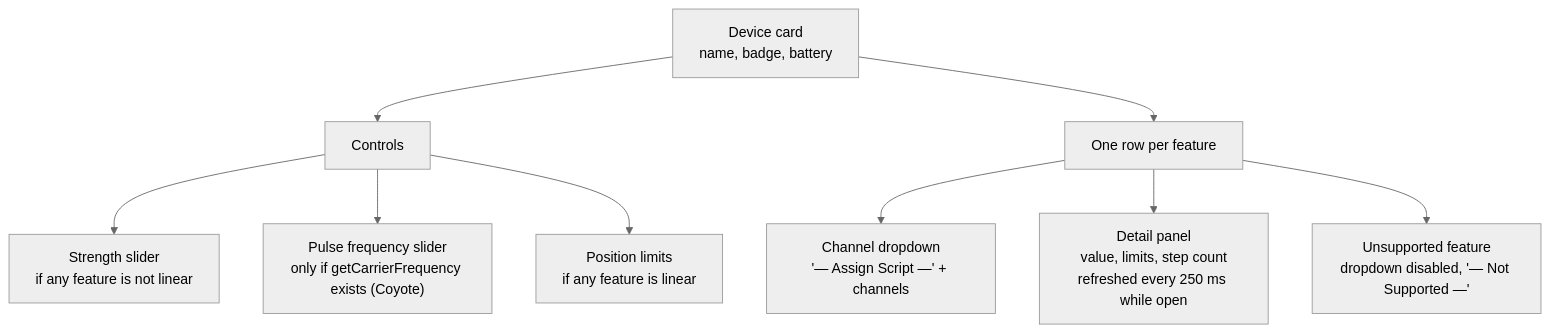
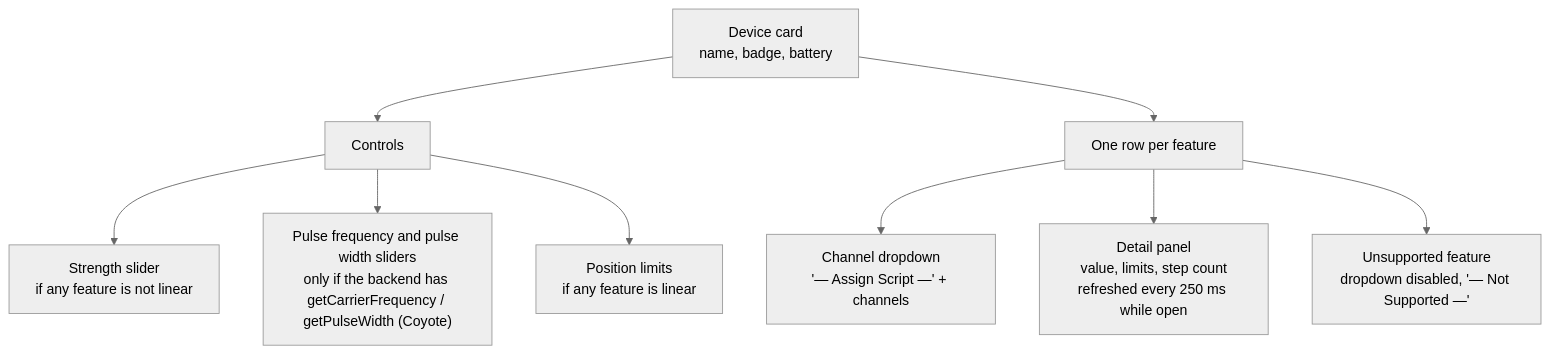
One commit to lumbar-spine-support/docker-haptic-player changed the first of 3 diagrams in docs/developer/use-cases/assign-feature.md. Above: the diagram before and after it, drawn with Mermaid (neutral theme). The commit also changed other lines of this file and 7 other files, not shown here.

Commit message:
feat: add pulse width control for Coyote devices and update related documentation fix: carrier-frequency was transmitted has Hz but should have been a period in ms instead; this caused the shown frequency to not match actual e-stim frequency.

````diff
--- a/docs/developer/use-cases/assign-feature.md
+++ b/docs/developer/use-cases/assign-feature.md
@@ -13,11 +13,11 @@
 ```mermaid
 flowchart TB
   Card["Device card<br/>name, badge, battery"] --> Ctrl["Controls"]
   Card --> Feats["One row per feature"]
   Ctrl --> Str["Strength slider<br/>if any feature is not linear"]
-  Ctrl --> Freq["Pulse frequency slider<br/>only if getCarrierFrequency exists (Coyote)"]
+  Ctrl --> Freq["Pulse frequency and pulse width sliders<br/>only if the backend has getCarrierFrequency / getPulseWidth (Coyote)"]
   Ctrl --> Rng["Position limits<br/>if any feature is linear"]
   Feats --> Sel["Channel dropdown<br/>'— Assign Script —' + channels"]
   Feats --> Det["Detail panel<br/>value, limits, step count<br/>refreshed every 250 ms while open"]
   Feats --> Uns["Unsupported feature<br/>dropdown disabled, '— Not Supported —'"]
 ```
````
